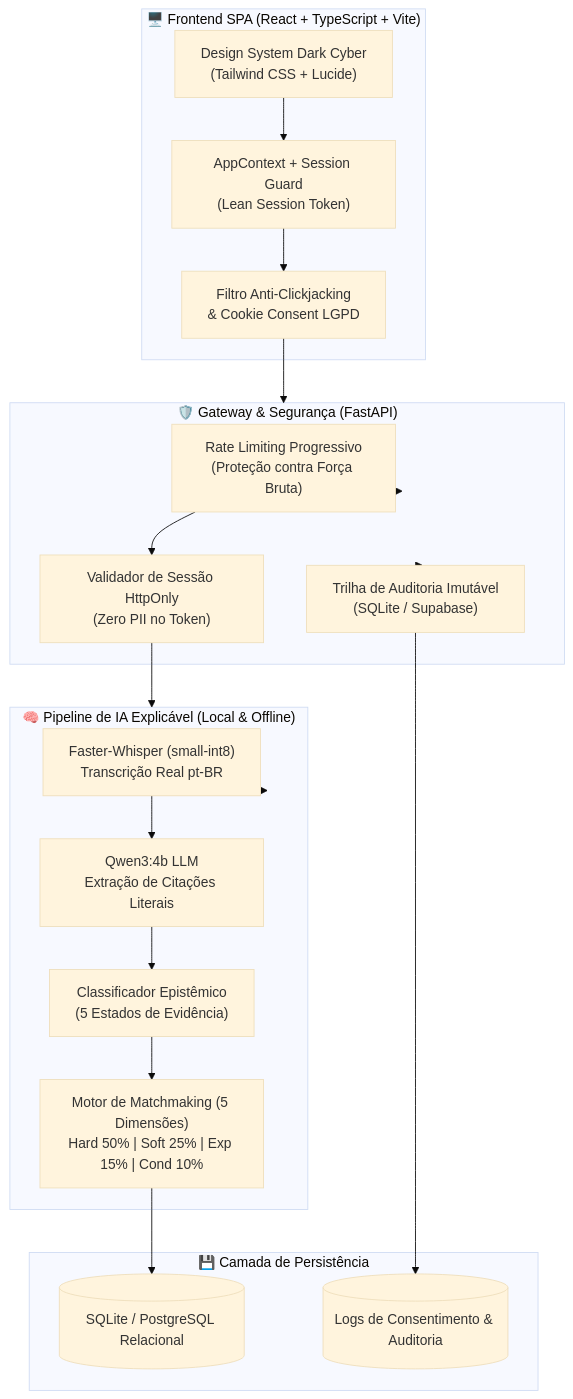
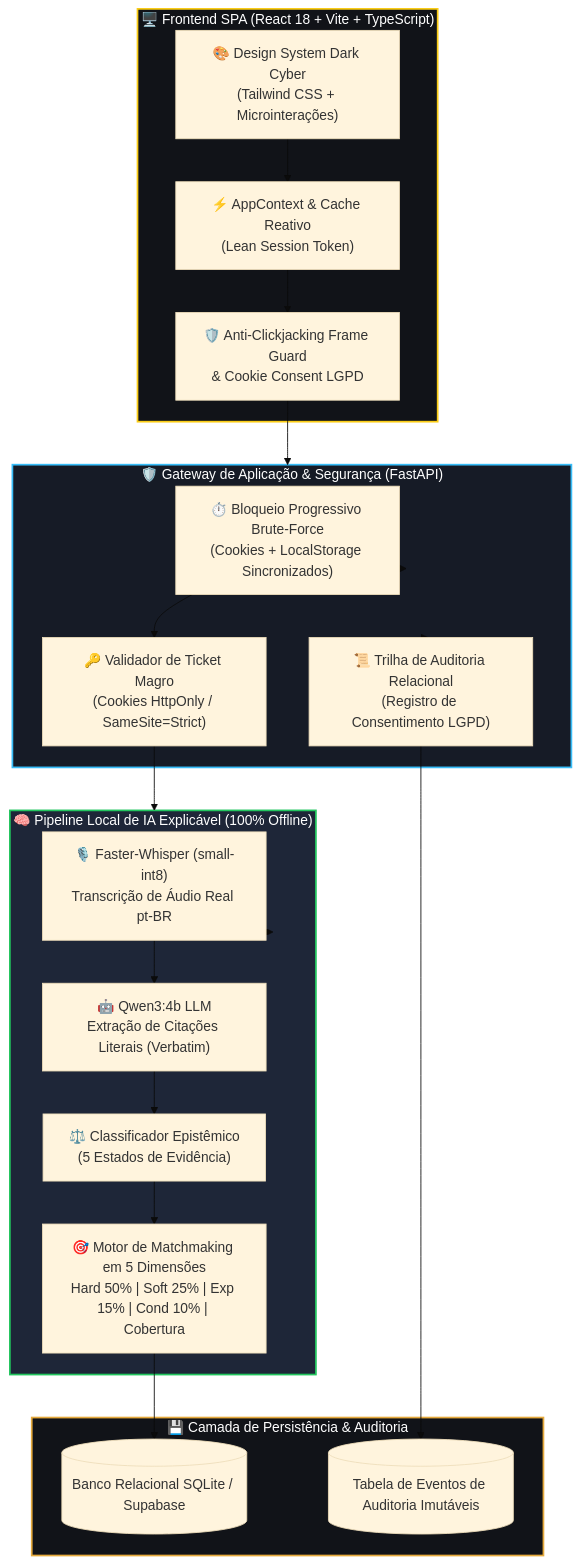
The diagram in README.md (2026-2-NCC7/Projeto1), drawn with Mermaid (base theme) before and after one commit. The commit also changed other lines of this file, not shown here.

Commit message:
style(readme): aprimora design da landing page com matriz de seguranca, cards de personas e kpis visuais

````diff
--- a/README.md
+++ b/README.md
@@ -68,34 +102,45 @@
 ```mermaid
 flowchart TD
-    subgraph Client["🖥️ Frontend SPA (React + TypeScript + Vite)"]
-        UI["Design System Dark Cyber\n(Tailwind CSS + Lucide)"]
-        State["AppContext + Session Guard\n(Lean Session Token)"]
-        SecFilter["Filtro Anti-Clickjacking\n& Cookie Consent LGPD"]
+    %% Estilização moderna
+    classDef clientStyle fill:#111318,stroke:#FACC15,stroke-width:2px,color:#FFFFFF;
+    classDef gatewayStyle fill:#161B26,stroke:#38BDF8,stroke-width:2px,color:#FFFFFF;
+    classDef aiStyle fill:#1E2638,stroke:#22C55E,stroke-width:2px,color:#FFFFFF;
+    classDef storageStyle fill:#111318,stroke:#E5A93C,stroke-width:2px,color:#FFFFFF;
+
+    subgraph Client["🖥️ Frontend SPA (React 18 + Vite + TypeScript)"]
+        UI["🎨 Design System Dark Cyber\n(Tailwind CSS + Microinterações)"]
+        State["⚡ AppContext & Cache Reativo\n(Lean Session Token)"]
+        SecurityFront["🛡️ Anti-Clickjacking Frame Guard\n& Cookie Consent LGPD"]
     end
 
-    subgraph Gateway["🛡️ Gateway & Segurança (FastAPI)"]
-        RateLimit["Rate Limiting Progressivo\n(Proteção contra Força Bruta)"]
-        AuthMiddleware["Validador de Sessão HttpOnly\n(Zero PII no Token)"]
-        AuditLogger["Trilha de Auditoria Imutável\n(SQLite / Supabase)"]
+    subgraph Gateway["🛡️ Gateway de Aplicação & Segurança (FastAPI)"]
+        RateLimiter["⏱️ Bloqueio Progressivo Brute-Force\n(Cookies + LocalStorage Sincronizados)"]
+        SessionValidator["🔑 Validador de Ticket Magro\n(Cookies HttpOnly / SameSite=Strict)"]
+        AuditService["📜 Trilha de Auditoria Relacional\n(Registro de Consentimento LGPD)"]
     end
 
-    subgraph AI_Engine["🧠 Pipeline de IA Explicável (Local & Offline)"]
-        AudioTranscriber["Faster-Whisper (small-int8)\nTranscrição Real pt-BR"]
-        EvidenceVerifier["Qwen3:4b LLM\nExtração de Citações Literais"]
-        EpistemicClassifier["Classificador Epistêmico\n(5 Estados de Evidência)"]
-        Matchmaker["Motor de Matchmaking (5 Dimensões)\nHard 50% | Soft 25% | Exp 15% | Cond 10%"]
+    subgraph AIEngine["🧠 Pipeline Local de IA Explicável (100% Offline)"]
+        WhisperModel["🎙️ Faster-Whisper (small-int8)\nTranscrição de Áudio Real pt-BR"]
+        QwenExtractor["🤖 Qwen3:4b LLM\nExtração de Citações Literais (Verbatim)"]
+        EpistemicEngine["⚖️ Classificador Epistêmico\n(5 Estados de Evidência)"]
+        MatchEngine["🎯 Motor de Matchmaking em 5 Dimensões\nHard 50% | Soft 25% | Exp 15% | Cond 10% | Cobertura"]
     end
 
-    subgraph Storage["💾 Camada de Persistência"]
-        DB[(SQLite / PostgreSQL Relacional)]
-        AuditRecords[(Logs de Consentimento & Auditoria)]
+    subgraph Storage["💾 Camada de Persistência & Auditoria"]
+        AppDB[(Banco Relacional SQLite / Supabase)]
+        AuditLog[(Tabela de Eventos de Auditoria Imutáveis)]
     end
 
-    UI --> State --> SecFilter
-    SecFilter --> Gateway
-    Gateway --> RateLimit --> AuthMiddleware
-    AuthMiddleware --> AI_Engine
-    AI_Engine --> AudioTranscriber --> EvidenceVerifier --> EpistemicClassifier --> Matchmaker
-    Matchmaker --> DB
-    Gateway --> AuditLogger --> AuditRecords
+    UI --> State --> SecurityFront
+    SecurityFront --> Gateway
+    Gateway --> RateLimiter --> SessionValidator
+    SessionValidator --> AIEngine
+    AIEngine --> WhisperModel --> QwenExtractor --> EpistemicEngine --> MatchEngine
+    MatchEngine --> AppDB
+    Gateway --> AuditService --> AuditLog
+
+    class Client clientStyle;
+    class Gateway gatewayStyle;
+    class AIEngine aiStyle;
+    class Storage storageStyle;
 ```
````
